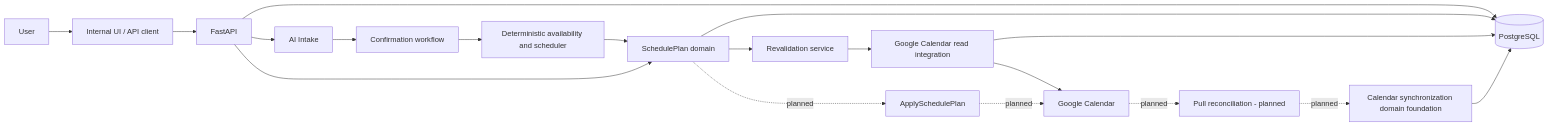
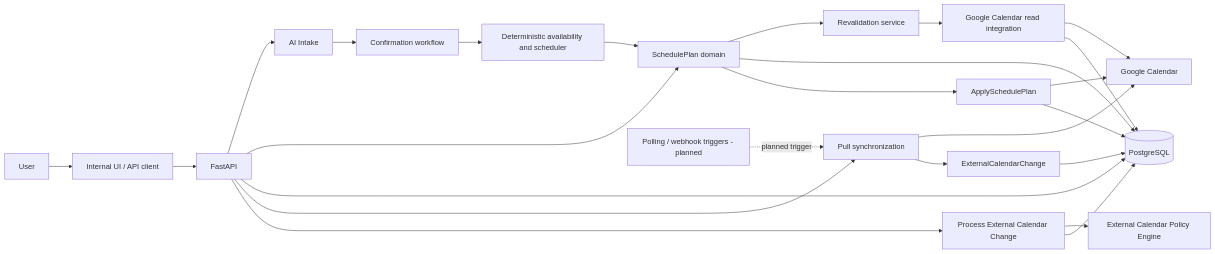
The first of 2 diagrams in docs/architecture/system-overview.md (Polomoshnova/ai-calendar), drawn with Mermaid before and after one commit. The commit also changed other lines of this file and 5 other files, not shown here.

Commit message:
Document completed Calendar Engine epic

````diff
--- a/docs/architecture/system-overview.md
+++ b/docs/architecture/system-overview.md
@@ -183,37 +183,45 @@
 ```mermaid
 flowchart LR
     User[User]
     UI[Internal UI / API client]
     API[FastAPI]
     AI[AI Intake]
     Confirm[Confirmation workflow]
     Scheduler[Deterministic availability and scheduler]
     Plan[SchedulePlan domain]
     Revalidation[Revalidation service]
     CalendarRead[Google Calendar read integration]
-    SyncDomain[Calendar synchronization domain foundation]
+    PullSync[Pull synchronization]
+    Change[ExternalCalendarChange]
+    Policy[External Calendar Policy Engine]
+    Process[Process External Calendar Change]
     DB[(PostgreSQL)]
     Google[Google Calendar]
     Apply[ApplySchedulePlan]
-    PullSync[Pull reconciliation - planned]
+    Future[Polling / webhook triggers - planned]
 
     User --> UI
     UI --> API
     API --> AI
     AI --> Confirm
     Confirm --> Scheduler
     Scheduler --> Plan
     API --> Plan
     Plan --> Revalidation
     Revalidation --> CalendarRead
     CalendarRead --> Google
     API --> DB
     Plan --> DB
     CalendarRead --> DB
-    SyncDomain --> DB
-
-    Plan -. planned .-> Apply
-    Apply -. planned .-> Google
-    Google -. planned .-> PullSync
-    PullSync -. planned .-> SyncDomain
+    Plan --> Apply
+    Apply --> Google
+    Apply --> DB
+    API --> PullSync
+    PullSync --> Google
+    PullSync --> Change
+    Change --> DB
+    API --> Process
+    Process --> Policy
+    Process --> DB
+    Future -. planned trigger .-> PullSync
 ```
````
